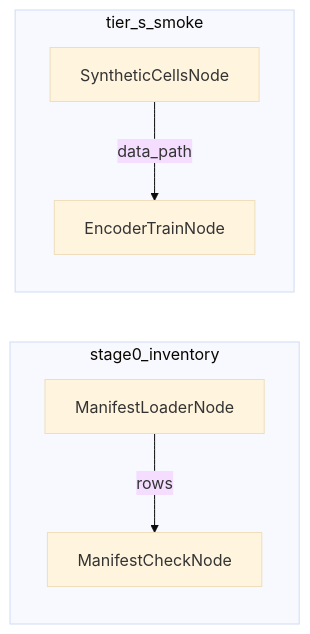
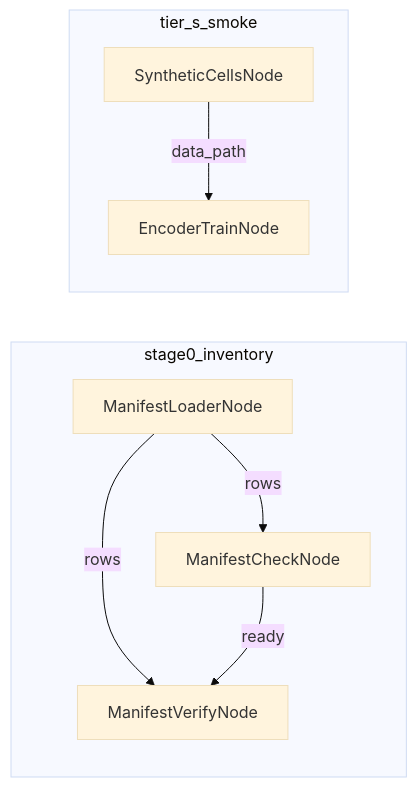
The first of 2 diagrams in zebrafish-brain-fm/nodes/README.md (Kays3/geneformer-vs-brainiac), drawn with Mermaid (base theme) before and after one commit. The commit also changed other lines of this file and 9 other files, not shown here.

````diff
--- a/zebrafish-brain-fm/nodes/README.md
+++ b/zebrafish-brain-fm/nodes/README.md
@@ -14,9 +15,11 @@
 ```mermaid
 flowchart LR
     subgraph W0["stage0_inventory"]
         M["ManifestLoaderNode"] -->|"rows"| C["ManifestCheckNode"]
+        M -->|"rows"| V["ManifestVerifyNode"]
+        C -->|"ready"| V
     end
     subgraph W1["tier_s_smoke"]
         S["SyntheticCellsNode"] -->|"data_path"| T["EncoderTrainNode"]
     end
 ```
````
